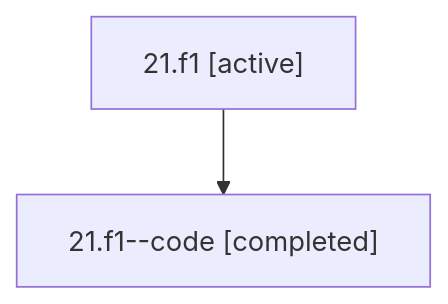
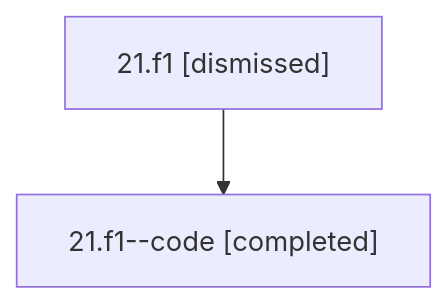
Before and after one commit to bobs-org/bob-cli--agents: the diagram in sessions/bbugyi200.athena.21.f1.md, drawn with Mermaid. The commit also changed other lines of this file and 14 other files, not shown here.

````diff
--- a/sessions/bbugyi200.athena.21.f1.md
+++ b/sessions/bbugyi200.athena.21.f1.md
@@ -9,6 +9,6 @@
 ```mermaid
 flowchart TD
-  n0["21.f1 [active]"]
+  n0["21.f1 [dismissed]"]
   n1["21.f1--code [completed]"]
   n0 --> n1
 ```
````
